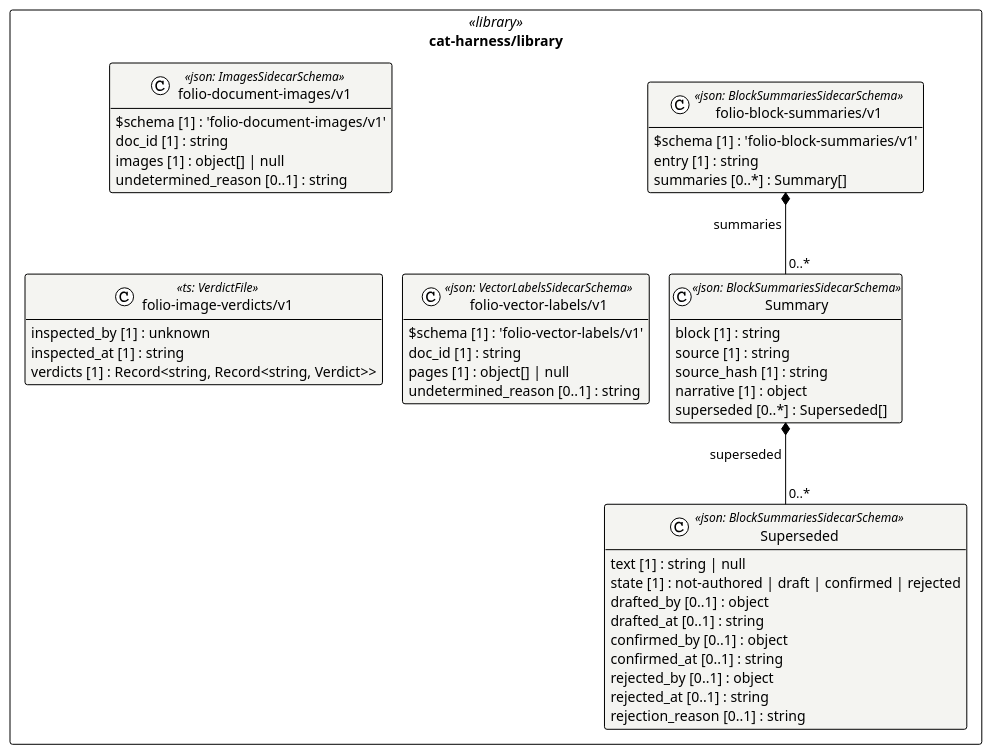
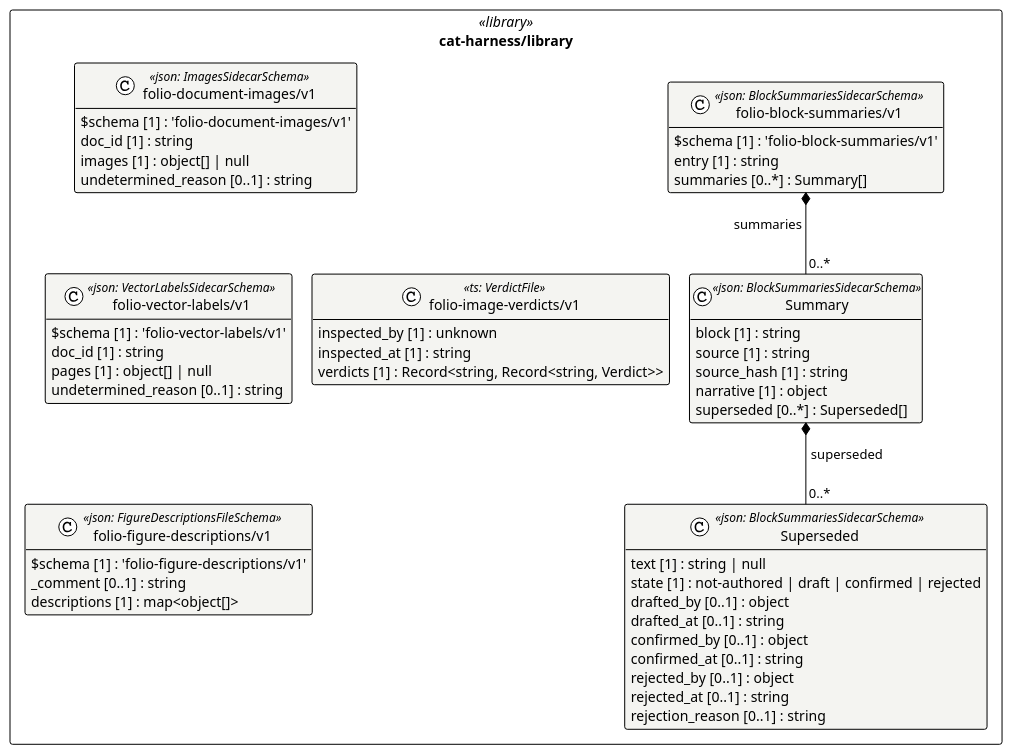
One commit to litlfred/folio-assistant changed the diagram in cat-harness/uml/overview/cat-harness/library.puml. Above: the diagram before and after it, drawn with PlantUML. The commit also changed 37 other files, not shown here.

First line of the commit message:
a8wy: a third sidecar for a drawn figure's description — folio-figure-descriptions/v1

```diff
--- a/cat-harness/uml/overview/cat-harness/library.puml
+++ b/cat-harness/uml/overview/cat-harness/library.puml
@@ -3,54 +3,59 @@
 @startuml cat_harness_library
 !pragma layout elk
 !theme plain
 skinparam classAttributeIconSize 0
 skinparam shadowing false
 skinparam packageStyle rectangle
 hide empty methods
 
 package "cat-harness/library" as pkg_cat_harness_library <<library>> {
   class "folio-document-images/v1" as cat_harness_library_folio_document_images_v1_folio_document_images_v1 <<json: ImagesSidecarSchema>> #f4f4f1 {
     $schema [1] : 'folio-document-images/v1'
     doc_id [1] : string
     images [1] : object[] | null
     undetermined_reason [0..1] : string
   }
   class "folio-image-verdicts/v1" as cat_harness_library_folio_image_verdicts_v1 <<ts: VerdictFile>> #f4f4f1 {
     inspected_by [1] : unknown
     inspected_at [1] : string
     verdicts [1] : Record<string, Record<string, Verdict>>
   }
   class "folio-vector-labels/v1" as cat_harness_library_folio_vector_labels_v1_folio_vector_labels_v1 <<json: VectorLabelsSidecarSchema>> #f4f4f1 {
     $schema [1] : 'folio-vector-labels/v1'
     doc_id [1] : string
     pages [1] : object[] | null
     undetermined_reason [0..1] : string
+  }
+  class "folio-figure-descriptions/v1" as cat_harness_library_folio_figure_descriptions_v1_folio_figure_descriptions_v1 <<json: FigureDescriptionsFileSchema>> #f4f4f1 {
+    $schema [1] : 'folio-figure-descriptions/v1'
+    _comment [0..1] : string
+    descriptions [1] : map<object[]>
   }
   class "Superseded" as cat_harness_library_folio_block_summaries_v1_Superseded <<json: BlockSummariesSidecarSchema>> #f4f4f1 {
     text [1] : string | null
     state [1] : not-authored | draft | confirmed | rejected
     drafted_by [0..1] : object
     drafted_at [0..1] : string
     confirmed_by [0..1] : object
     confirmed_at [0..1] : string
     rejected_by [0..1] : object
     rejected_at [0..1] : string
     rejection_reason [0..1] : string
   }
   class "Summary" as cat_harness_library_folio_block_summaries_v1_Summary <<json: BlockSummariesSidecarSchema>> #f4f4f1 {
     block [1] : string
     source [1] : string
     source_hash [1] : string
     narrative [1] : object
     superseded [0..*] : Superseded[]
   }
   class "folio-block-summaries/v1" as cat_harness_library_folio_block_summaries_v1_folio_block_summaries_v1 <<json: BlockSummariesSidecarSchema>> #f4f4f1 {
     $schema [1] : 'folio-block-summaries/v1'
     entry [1] : string
     summaries [0..*] : Summary[]
   }
 }
 
 cat_harness_library_folio_block_summaries_v1_Summary *-- "0..*" cat_harness_library_folio_block_summaries_v1_Superseded : superseded
 cat_harness_library_folio_block_summaries_v1_folio_block_summaries_v1 *-- "0..*" cat_harness_library_folio_block_summaries_v1_Summary : summaries
 @enduml
```
